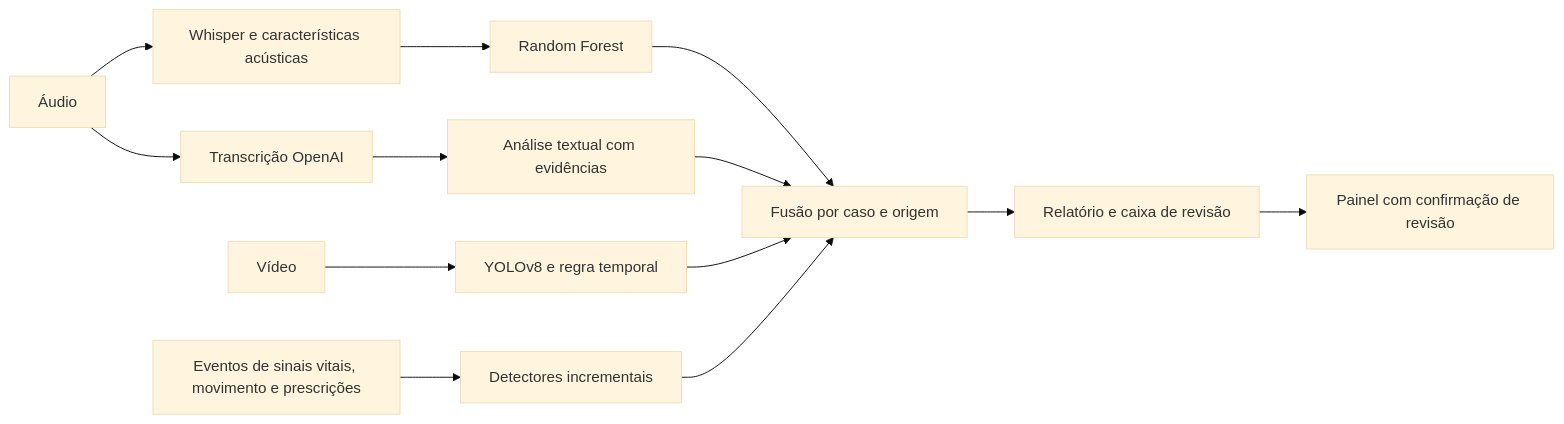
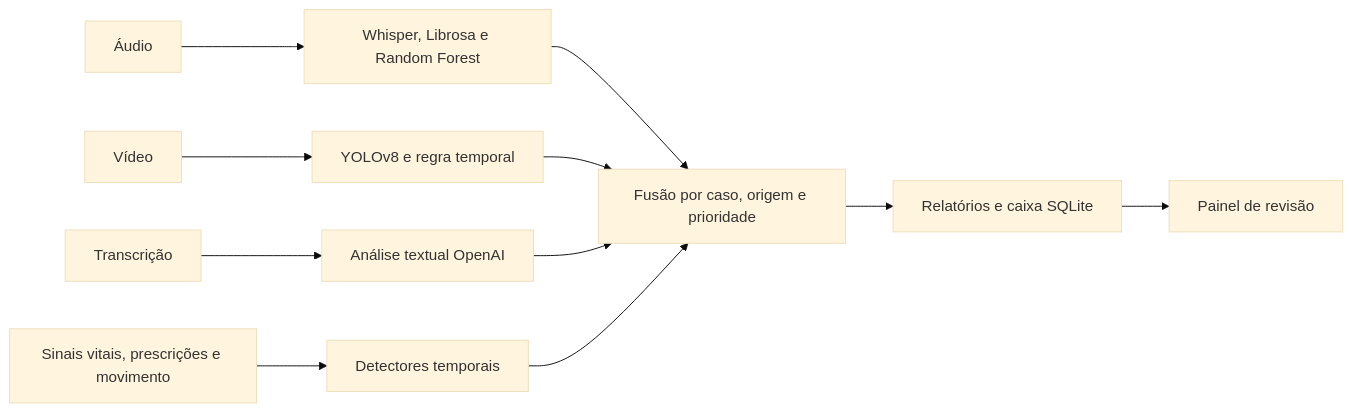
Before and after one commit to Val-Faria/TechChallengeFase4: the diagram in README.md, drawn with Mermaid (base theme). The commit also changed other lines of this file and 129 other files, not shown here.

````diff
--- a/README.md
+++ b/README.md
@@ -19,15 +43,13 @@
 ```mermaid
 flowchart LR
- A[Áudio] --> W[Whisper e características acústicas]
- W --> C[Random Forest]
- A --> T[Transcrição OpenAI]
- T --> L[Análise textual com evidências]
+ A[Áudio] --> W[Whisper, Librosa e Random Forest]
  V[Vídeo] --> Y[YOLOv8 e regra temporal]
- S[Eventos de sinais vitais, movimento e prescrições] --> D[Detectores incrementais]
- C --> F[Fusão por caso e origem]
+ T[Transcrição] --> L[Análise textual OpenAI]
+ S[Sinais vitais, prescrições e movimento] --> D[Detectores temporais]
+ W --> F[Fusão por caso, origem e prioridade]
+ Y --> F
  L --> F
- Y --> F
  D --> F
- F --> R[Relatório e caixa de revisão]
- R --> P[Painel com confirmação de revisão]
+ F --> R[Relatórios e caixa SQLite]
+ R --> P[Painel de revisão]
 ```
````
